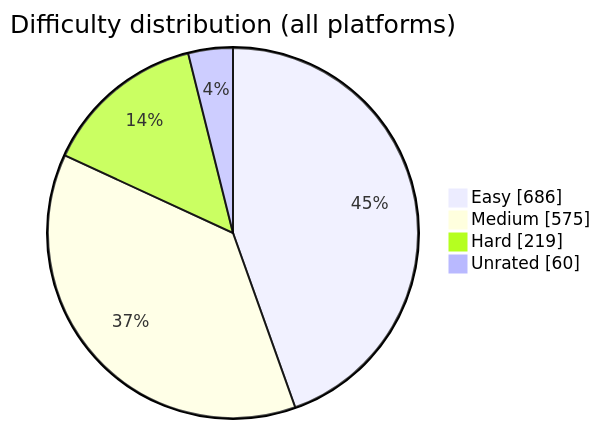
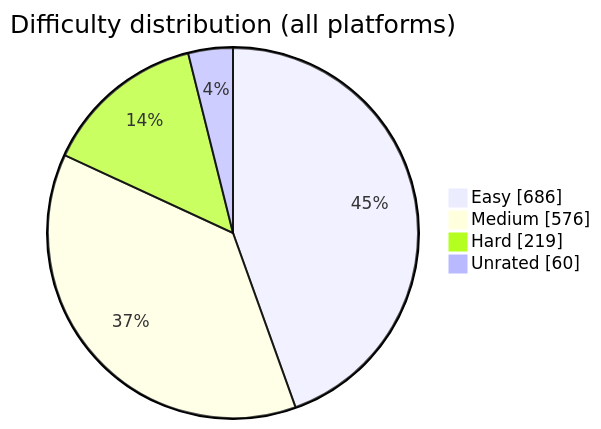
The diagram in README.md (BuildbyArindam/Daily-Coding-Log), drawn with Mermaid before and after one commit. The commit also changed other lines of this file, not shown here.

````diff
--- a/README.md
+++ b/README.md
@@ -93,7 +93,7 @@
 ```mermaid
 pie showData title Difficulty distribution (all platforms)
     "Easy" : 686
-    "Medium" : 575
+    "Medium" : 576
     "Hard" : 219
     "Unrated" : 60
 ```
````
